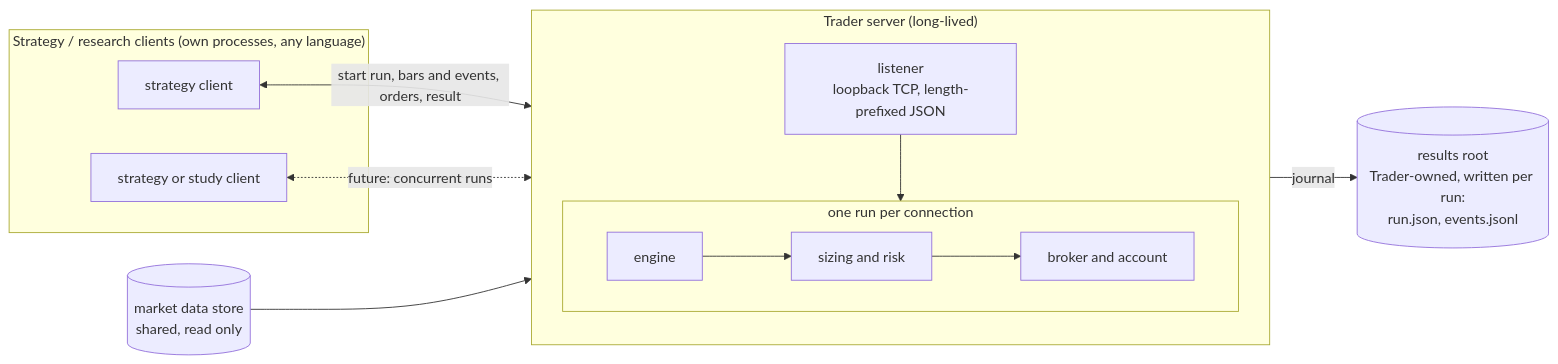
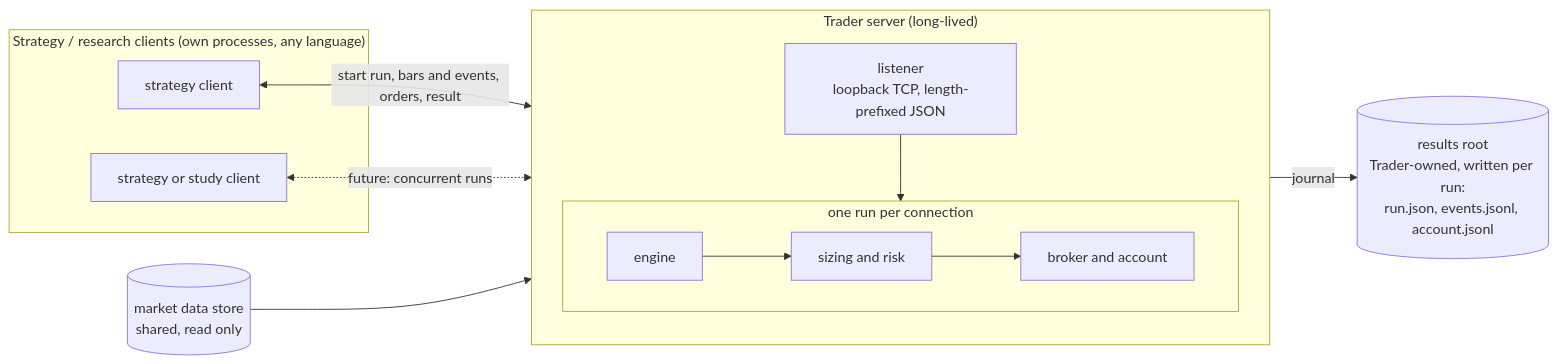
The first of 2 diagrams in docs/arch/trader-server-strategy-client.md (rustyeddy/trader), drawn with Mermaid before and after one commit. The commit also changed 13 other files, not shown here.

First line of the commit message:
Journal the account's equity per frame and report maximum equity drawdown (#727)

````diff
--- a/docs/arch/trader-server-strategy-client.md
+++ b/docs/arch/trader-server-strategy-client.md
@@ -13,25 +13,25 @@
 ```mermaid
 flowchart LR
     subgraph clients["Strategy / research clients (own processes, any language)"]
         C1["strategy client"]
         C2["strategy or study client"]
     end
 
     subgraph server["Trader server (long-lived)"]
         direction TB
         L["listener<br/>loopback TCP, length-prefixed JSON"]
         subgraph run["one run per connection"]
             direction LR
             E["engine"] --> R["sizing and risk"] --> B["broker and account"]
         end
         L --> run
     end
 
     MD[("market data store<br/>shared, read only")]
-    OUT[("results root<br/>Trader-owned, written per run:<br/>run.json, events.jsonl")]
+    OUT[("results root<br/>Trader-owned, written per run:<br/>run.json, events.jsonl, account.jsonl")]
 
     C1 <-->|"start run, bars and events, orders, result"| L
     C2 <-.->|"future: concurrent runs"| L
     MD --> E
     run -->|"journal"| OUT
 ```
````
